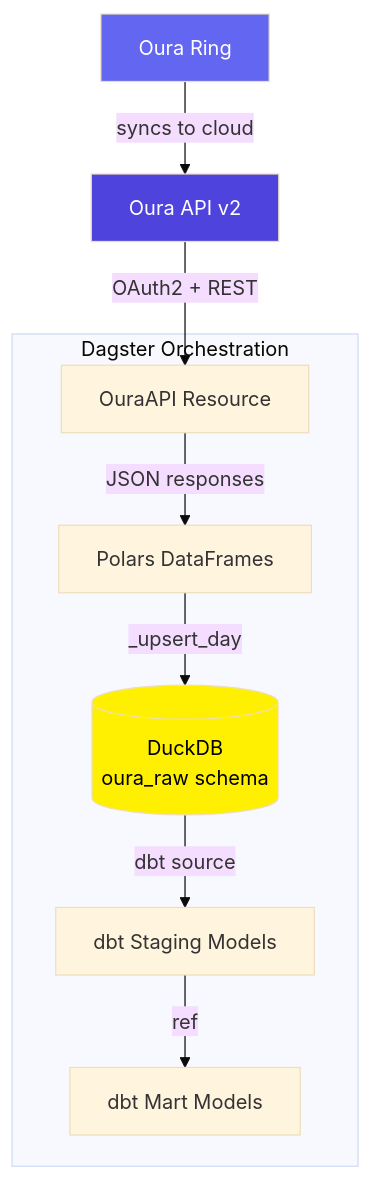
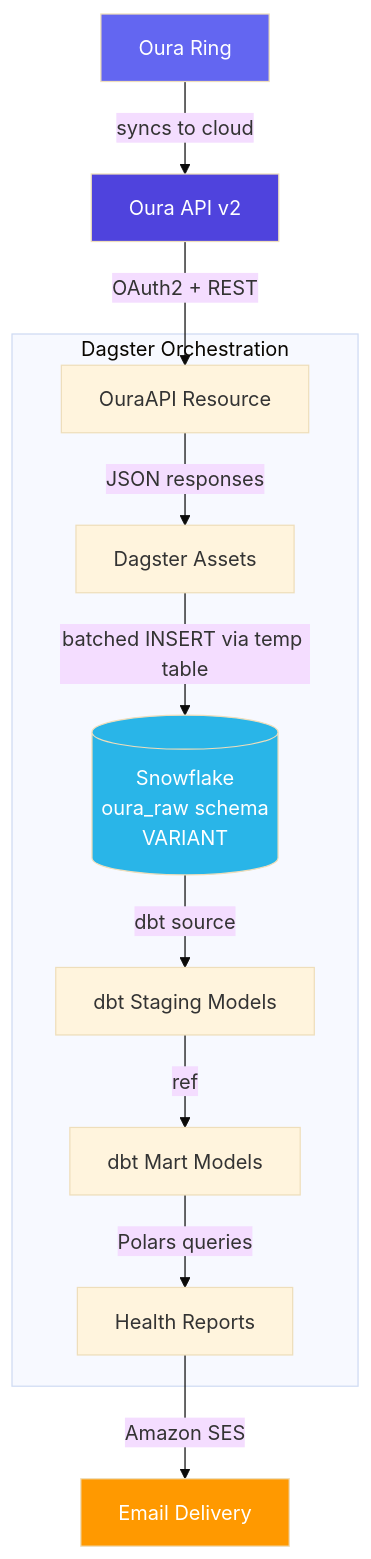
The first of 4 diagrams in README.md (cdcoonce/Oura-Pipeline), drawn with Mermaid (base theme) before and after one commit. The commit also changed other lines of this file, not shown here.

First line of the commit message:
docs: update README to reflect Snowflake migration

````diff
--- a/README.md
+++ b/README.md
@@ -57,21 +60,25 @@
 ```mermaid
 graph TD
     A[Oura Ring] -->|syncs to cloud| B[Oura API v2]
     B -->|OAuth2 + REST| C[OuraAPI Resource]
-    C -->|JSON responses| D[Polars DataFrames]
-    D -->|_upsert_day| E[(DuckDB<br/>oura_raw schema)]
+    C -->|JSON responses| D[Dagster Assets]
+    D -->|batched INSERT via temp table| E[(Snowflake<br/>oura_raw schema<br/>VARIANT)]
     E -->|dbt source| F[dbt Staging Models]
     F -->|ref| G[dbt Mart Models]
+    G -->|Polars queries| H[Health Reports]
+    H -->|Amazon SES| I[Email Delivery]
 
     subgraph Dagster Orchestration
         C
         D
         E
         F
         G
+        H
     end
 
     style A fill:#6366f1,color:#fff
     style B fill:#4F43DD,color:#fff
-    style E fill:#FEF000,color:#000
+    style E fill:#29B5E8,color:#fff
+    style I fill:#FF9900,color:#fff
 ```
````
